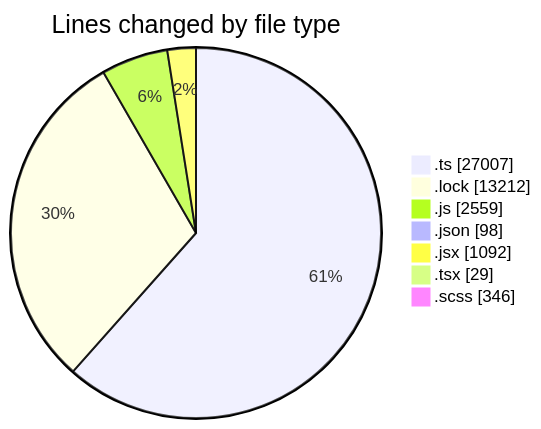
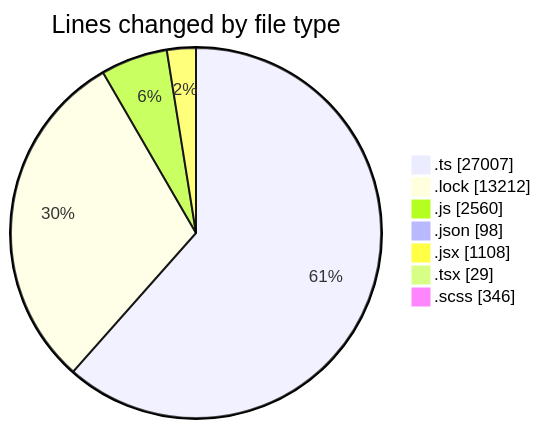
Before and after one commit to momahboobian/code-tracking: the first of 2 diagrams in 2025-05-16/cda/README.md, drawn with Mermaid. The commit also changed other lines of this file and 1 other file, not shown here.

````diff
--- a/2025-05-16/cda/README.md
+++ b/2025-05-16/cda/README.md
@@ -47,11 +47,11 @@
 ```mermaid
 pie showData
 title Lines changed by file type
 ".ts" : 27007
 ".lock" : 13212
-".js" : 2559
+".js" : 2560
 ".json" : 98
-".jsx" : 1092
+".jsx" : 1108
 ".tsx" : 29
 ".scss" : 346
 ```
````
